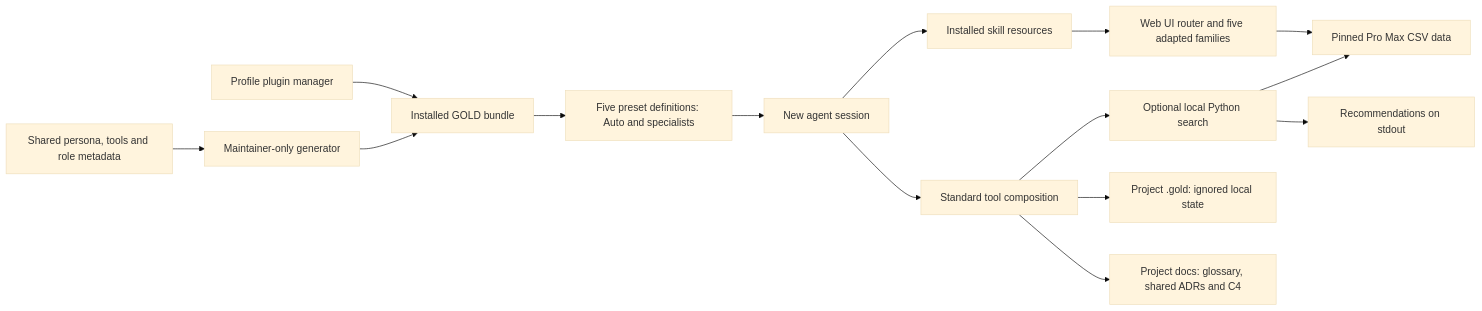
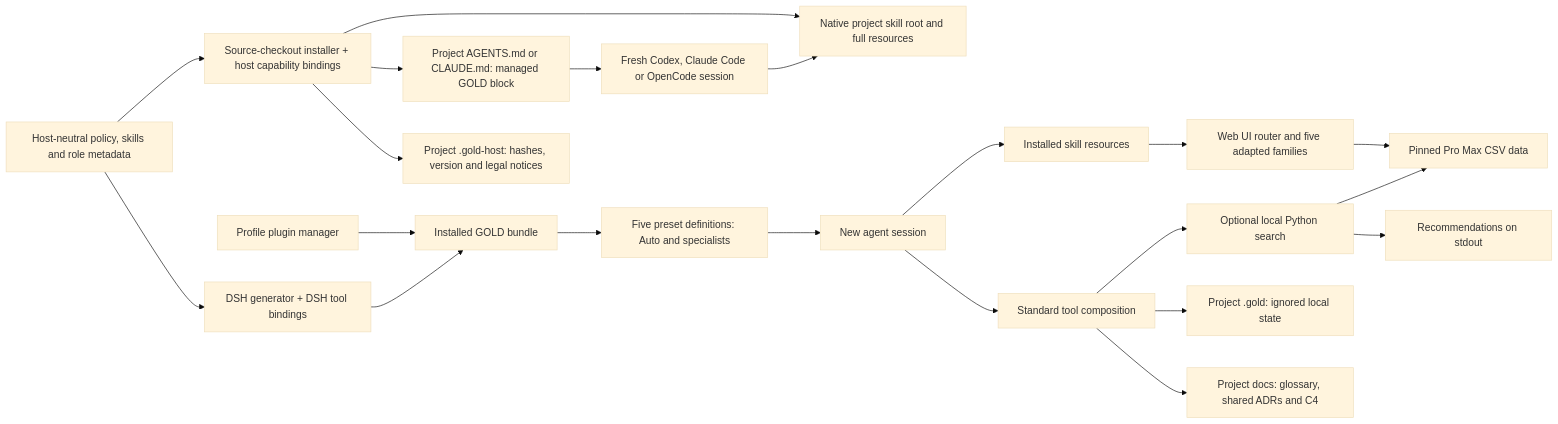
Before and after one commit to bigunmd/gold: the second of 3 diagrams in docs/architecture/c4.md, drawn with Mermaid (base theme). The commit also changed other lines of this file and 59 other files, not shown here.

````diff
--- a/docs/architecture/c4.md
+++ b/docs/architecture/c4.md
@@ -18,17 +20,23 @@
 ```mermaid
 flowchart LR
   PM[Profile plugin manager] --> B[Installed GOLD bundle]
-  SRC[Shared persona, tools and role metadata] --> GEN[Maintainer-only generator]
+  SRC[Host-neutral policy, skills and role metadata] --> GEN[DSH generator + DSH tool bindings]
   GEN --> B
+  SRC --> INSTALL[Source-checkout installer + host capability bindings]
+  INSTALL --> ENTRY[Project AGENTS.md or CLAUDE.md: managed GOLD block]
+  INSTALL --> SKILLS[Native project skill root and full resources]
+  INSTALL --> MANIFEST[Project .gold-host: hashes, version and legal notices]
+  ENTRY --> EXTERNAL[Fresh Codex, Claude Code or OpenCode session]
+  EXTERNAL --> SKILLS
   B --> P[Five preset definitions: Auto and specialists]
   P --> A[New agent session]
   A --> S[Installed skill resources]
   A --> T[Standard tool composition]
   S --> UI[Web UI router and five adapted families]
   T --> PY[Optional local Python search]
   UI --> CSV[Pinned Pro Max CSV data]
   PY --> CSV
   PY --> OUT[Recommendations on stdout]
   T --> L[Project .gold: ignored local state]
   T --> D[Project docs: glossary, shared ADRs and C4]
 ```
````
